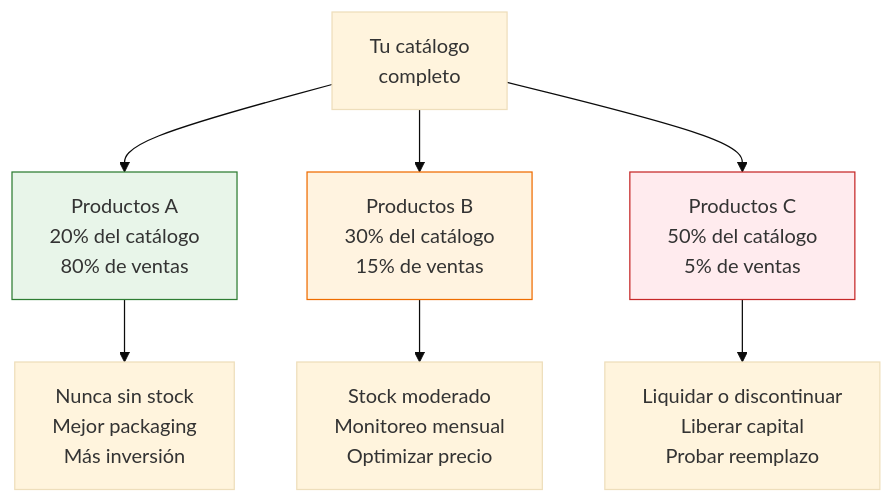
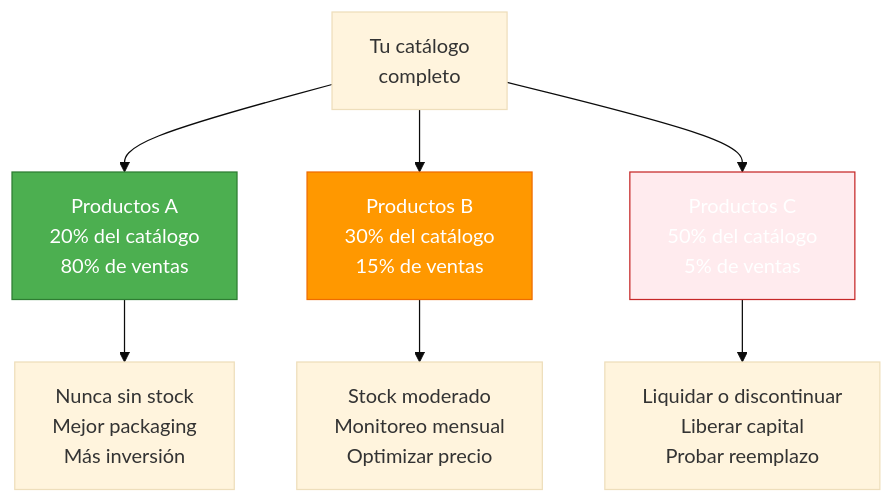
The diagram in app/paso1-argentina/crecer-gestionar/gestion-inventario.mdx (barrosignacioezequiel-coder/docs), drawn with Mermaid (base theme) before and after one commit. The commit also changed 66 other files, not shown here.

First line of the commit message:
fix: resolve Mermaid v11 numbered list errors + improve contrast

````diff
--- a/app/paso1-argentina/crecer-gestionar/gestion-inventario.mdx
+++ b/app/paso1-argentina/crecer-gestionar/gestion-inventario.mdx
@@ -21,14 +21,14 @@
 ```mermaid
 graph TD
     A["Tu catálogo<br/>completo"] --> B["Productos A<br/>20% del catálogo<br/>80% de ventas"]
     A --> C["Productos B<br/>30% del catálogo<br/>15% de ventas"]
     A --> D["Productos C<br/>50% del catálogo<br/>5% de ventas"]
 
     B --> E["Nunca sin stock<br/>Mejor packaging<br/>Más inversión"]
     C --> F["Stock moderado<br/>Monitoreo mensual<br/>Optimizar precio"]
     D --> G["Liquidar o discontinuar<br/>Liberar capital<br/>Probar reemplazo"]
 
-    style B fill:#e8f5e9,stroke:#2e7d32
-    style C fill:#fff3e0,stroke:#ef6c00
-    style D fill:#ffebee,stroke:#c62828
+    style B fill:#4caf50,stroke:#2e7d32,color:#fff
+    style C fill:#ff9800,stroke:#ef6c00,color:#fff
+    style D fill:#ffebee,stroke:#c62828,color:#fff
 ```
````
